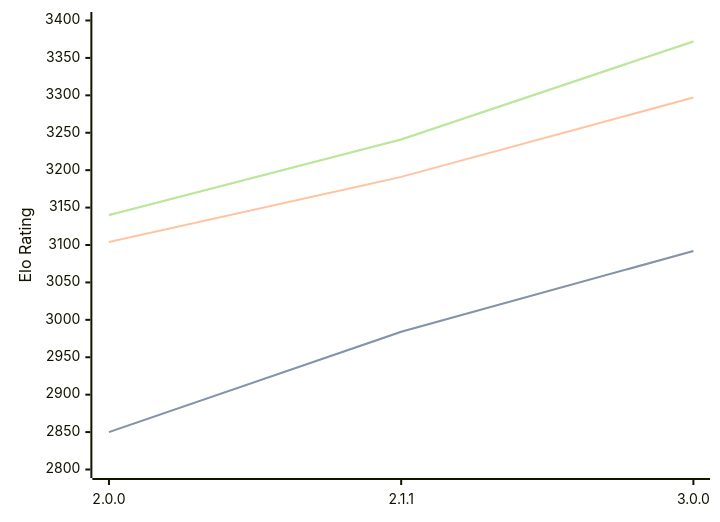
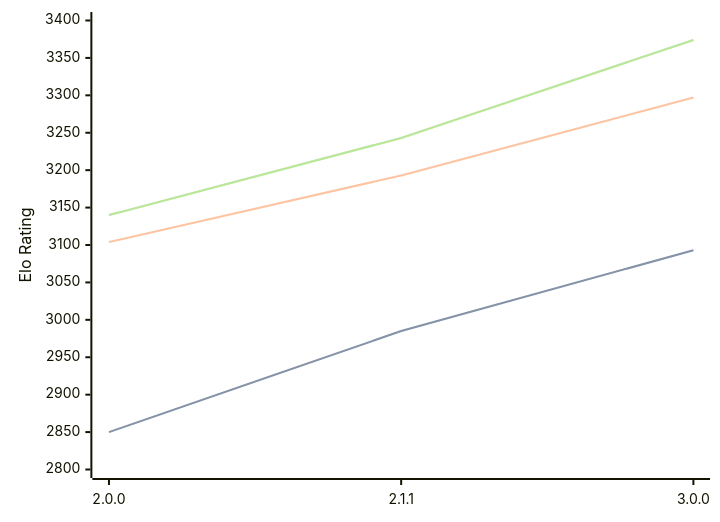
Before and after one commit to computer-chess-index/cci: the first of 3 diagrams in engines/Bread.md, drawn with Mermaid. The commit also changed other lines of this file, not shown here.

Commit message:
Update CCI Ratings (ELO VLTC) - 2026-06-24

````diff
--- a/engines/Bread.md
+++ b/engines/Bread.md
@@ -52,11 +52,11 @@
 ```mermaid
 %%{init: {"theme":"base","themeVariables":{"seriesColors:['#a3a3a3','#222221','#faa371']}}}%%
 xychart-beta
   x-axis ["2.0.0", "2.1.1", "3.0.0"]
   y-axis "Elo Rating" 2800 --> 3400
-  line "STC (8.0+0.08s)" [2850, 2984, 3092]
-  line "STC (8.0+0.08s)" [2850, 2984, 3092]
-  line "LTC (60.0+0.60s)" [3104, 3191, 3297]
-  line "VLTC (2m24s+1.12s)" [3140, 3241, 3372]
-  line "VLTC (2m24s+1.12s)" [3140, 3241, 3372]
+  line "STC (8.0+0.08s)" [2850, 2985, 3093]
+  line "STC (8.0+0.08s)" [2850, 2985, 3093]
+  line "LTC (60.0+0.60s)" [3104, 3193, 3297]
+  line "VLTC (2m24s+1.12s)" [3140, 3243, 3374]
+  line "VLTC (2m24s+1.12s)" [3140, 3243, 3374]
 ```
````
